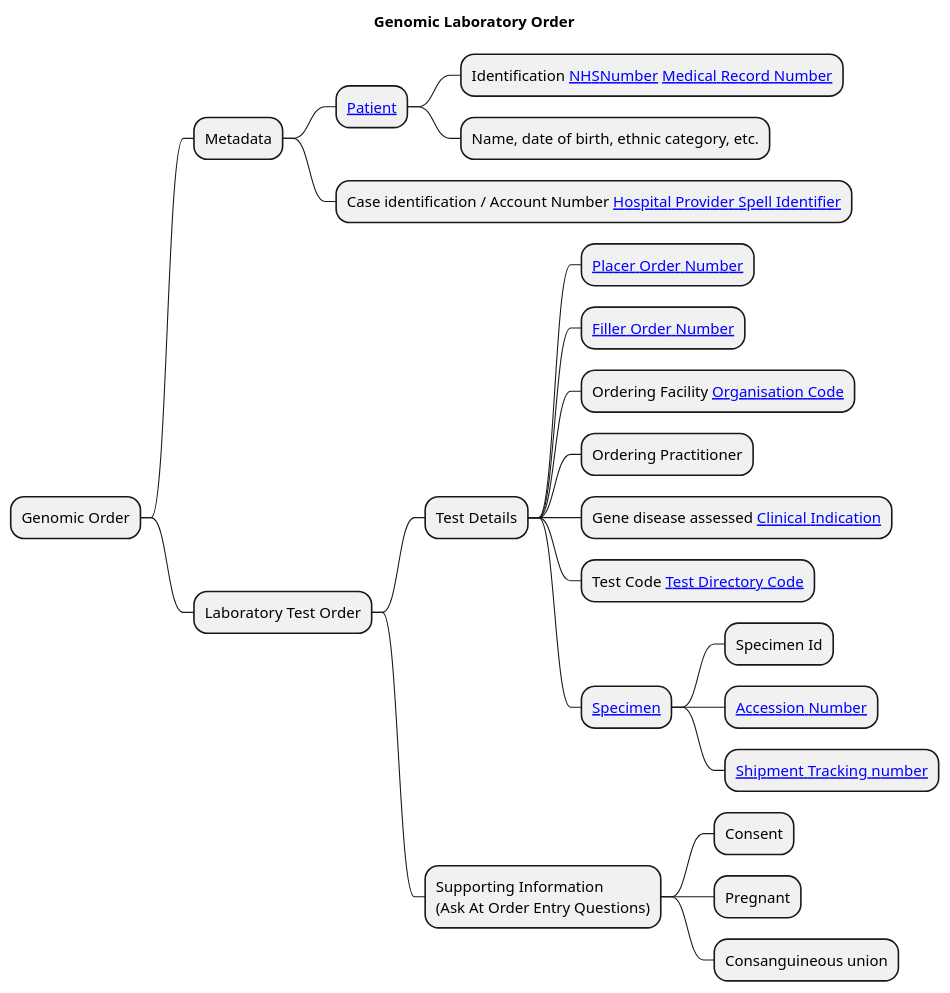
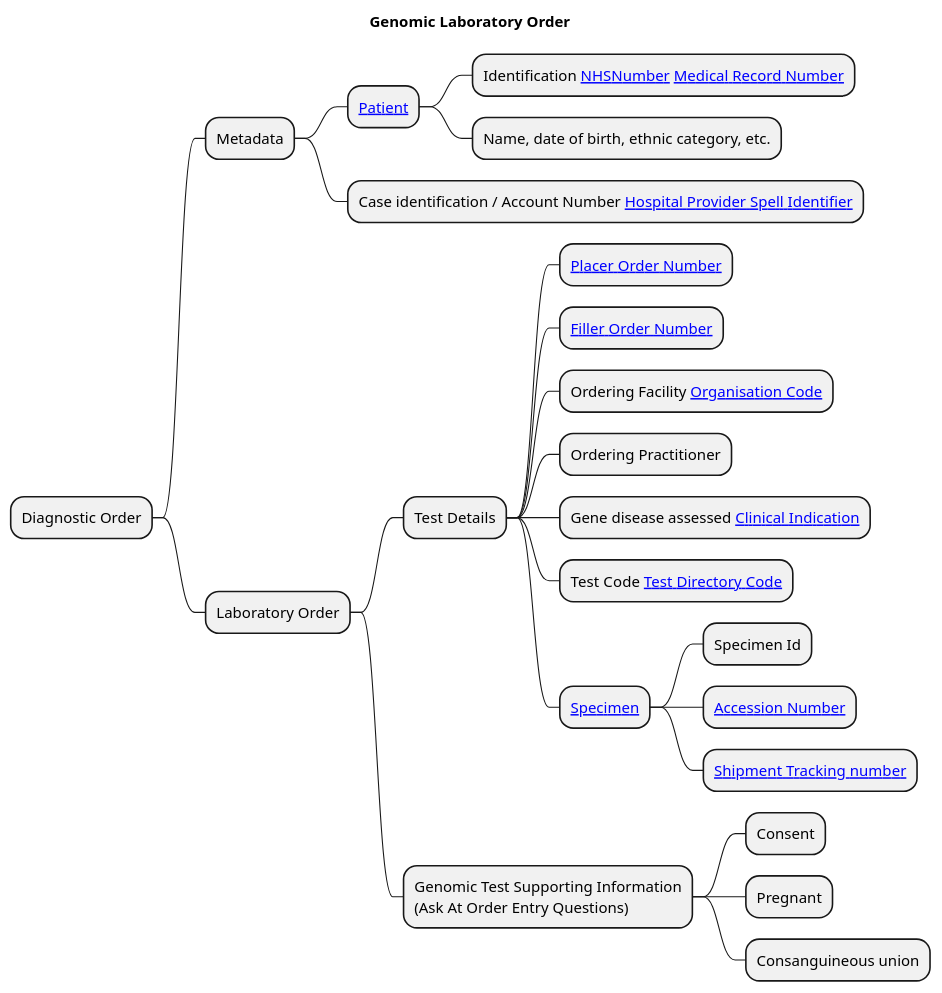
Before and after one commit to uk-gov-mirror/nw-gmsa.nw-gmsa.github.com: the diagram in input/images-source/Laboratory-Order-mindmap.plantuml, drawn with PlantUML. The commit also changed 1 other file, not shown here.

Commit message:
Diagnostic Implication

```diff
--- a/input/images-source/Laboratory-Order-mindmap.plantuml
+++ b/input/images-source/Laboratory-Order-mindmap.plantuml
@@ -1,28 +1,28 @@
 @startmindmap
 
 title "Genomic Laboratory Order"
 
-* Genomic Order
+* Diagnostic Order
 ** Metadata
 *** [[StructureDefinition-Patient.html Patient]]
 **** Identification [[StructureDefinition-NHSNumber.html NHSNumber]] [[StructureDefinition-MedicalRecordNumber.html Medical Record Number]]
 **** Name, date of birth, ethnic category, etc.
 *** Case identification / Account Number [[StructureDefinition-HospitalProviderSpellIdentifier.html Hospital Provider Spell Identifier]]
-** Laboratory Test Order
+** Laboratory Order
 *** Test Details
 **** [[StructureDefinition-PlacerOrderNumber.html Placer Order Number]]
 **** [[StructureDefinition-FillerOrderNumber.html Filler Order Number]]
 **** Ordering Facility [[StructureDefinition-OrganisationCode.html Organisation Code]]
 **** Ordering Practitioner
 **** Gene disease assessed [[CodeSystem-GenomicClinicalIndication.html Clinical Indication]]
 **** Test Code [[CodeSystem-GenomicTestCode.html Test Directory Code]]
 **** [[StructureDefinition-Specimen.html Specimen]]
 ***** Specimen Id
 ***** [[StructureDefinition-AccessionNumber.html Accession Number]]
 ***** [[StructureDefinition-ShipmentTrackingNumber.html Shipment Tracking number]]
-*** Supporting Information\n(Ask At Order Entry Questions)
+*** Genomic Test Supporting Information\n(Ask At Order Entry Questions)
 **** Consent
 **** Pregnant
 **** Consanguineous union
 
 @endmindmap
```
